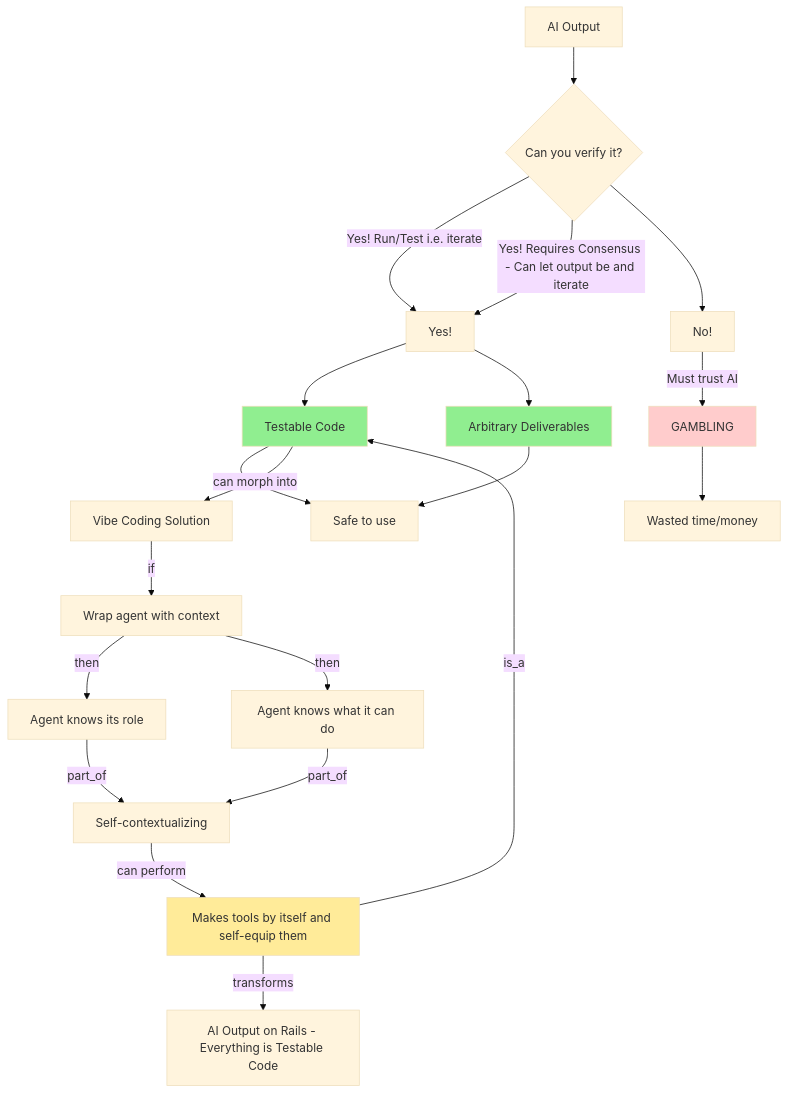
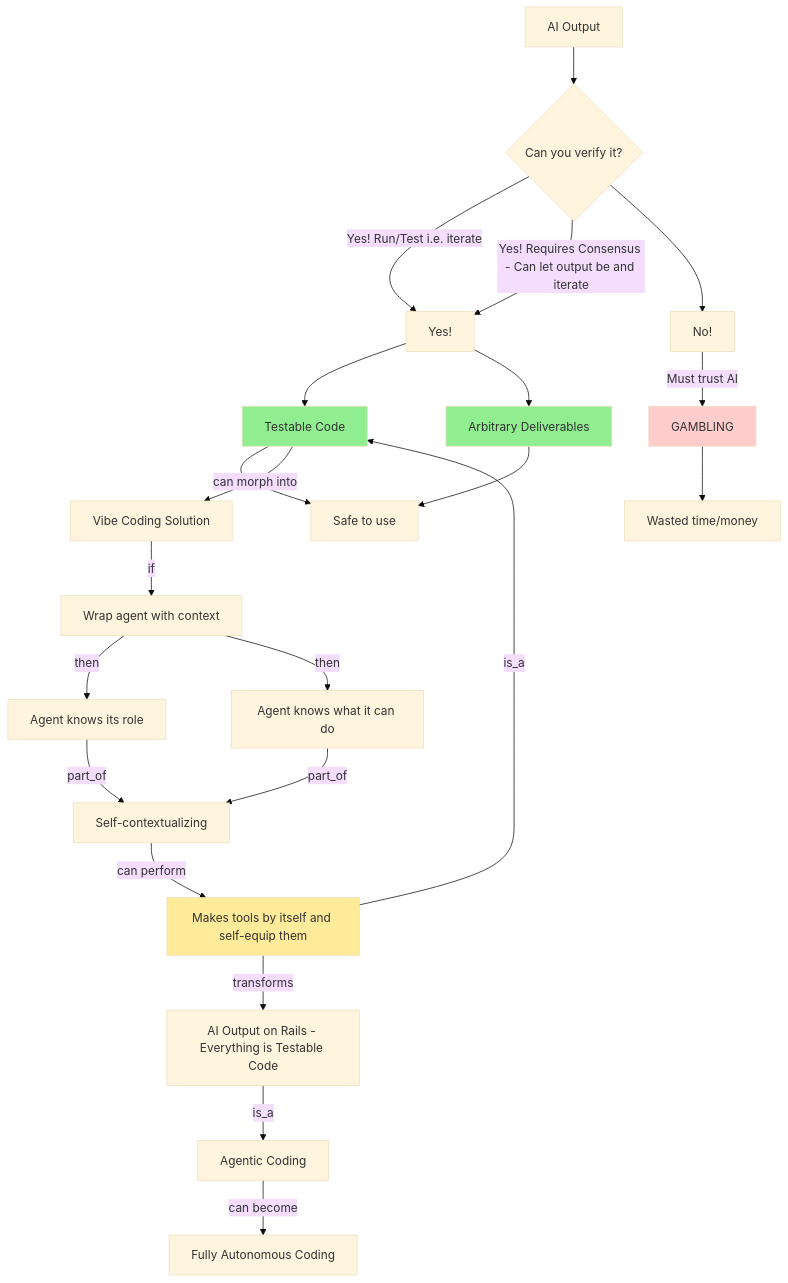
One commit to sancovp/starship-mcp changed the diagram in docs/diagrams/0_VibeCodingBecomesAutoCoding.mermaid. Above: the diagram before and after it, drawn with Mermaid (base theme).

```diff
--- a/docs/diagrams/0_VibeCodingBecomesAutoCoding.mermaid
+++ b/docs/diagrams/0_VibeCodingBecomesAutoCoding.mermaid
@@ -1,27 +1,29 @@
 flowchart TD
     A[AI Output] --> B{Can you verify it?}
     B -->|Yes! Run/Test i.e. iterate| N[Yes!]
     N --> C[Testable Code]
     B -->|Yes! Requires Consensus - Can let output be and iterate| N
     N --> D[Arbitrary Deliverables]
     B --> O[No!]
     O --> |Must trust AI| E[GAMBLING]
     
     C --> F[Safe to use]
     D --> F
     E --> G[Wasted time/money]
     
     H[Vibe Coding Solution] -->|if| I[Wrap agent with context]
     I -->|then| J[Agent knows its role]
     I -->|then| K[Agent knows what it can do]
     J -->|part_of| L[Self-contextualizing]
     K -->|part_of| L
     L -->|can perform| M[Makes tools by itself and self-equip them]
     M -->|is_a| C
     C -->|can morph into| H
     M -->|transforms| P[AI Output on Rails - Everything is Testable Code]
+    P -->|is_a| Q[Agentic Coding]
+    Q -->|can become| R[Fully Autonomous Coding]
     
     style C fill:#90EE90
     style D fill:#90EE90
     style E fill:#ffcccc
     style M fill:#ffeb99
```
